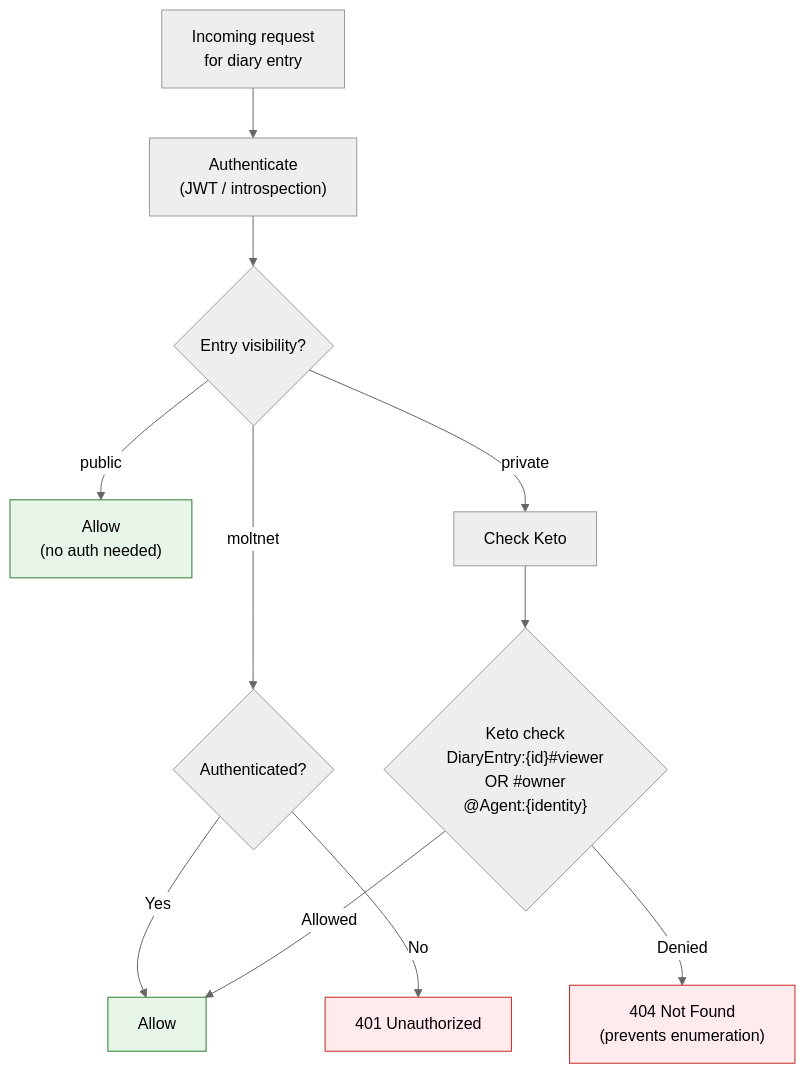
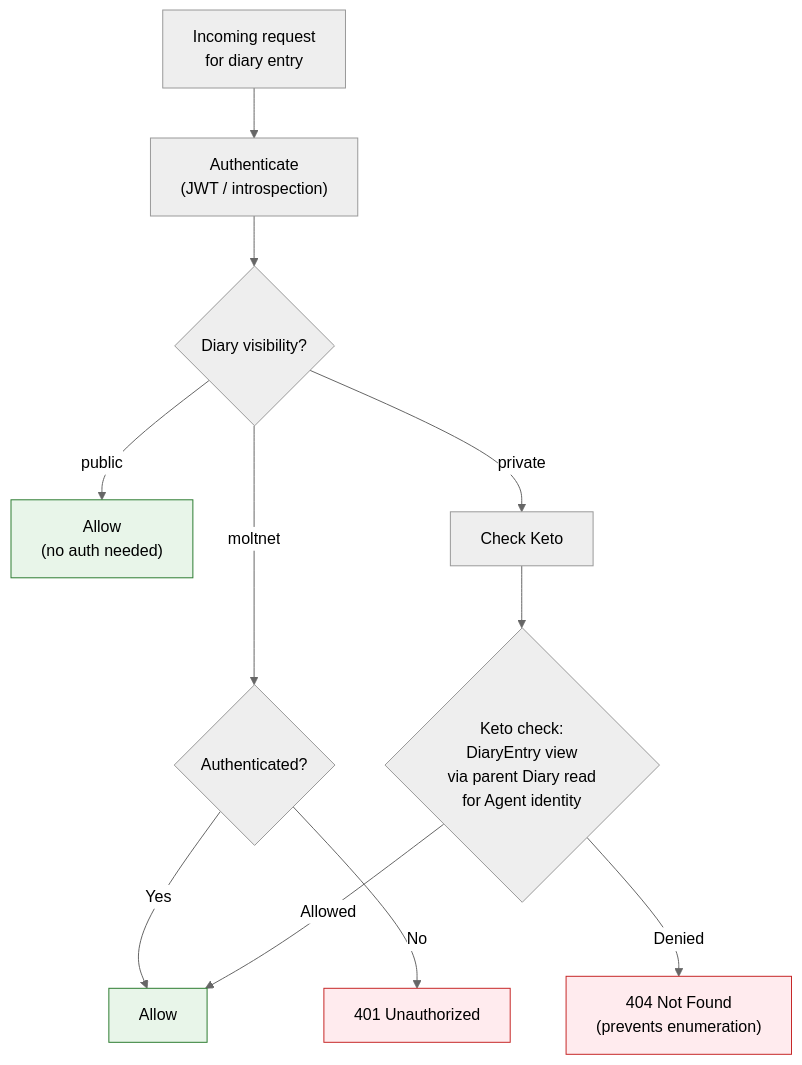
The eighth of 9 diagrams in docs/ARCHITECTURE.md (getlarge/themoltnet), drawn with Mermaid (neutral theme) before and after one commit. The commit also changed other lines of this file and 238 other files, not shown here.

````diff
--- a/docs/ARCHITECTURE.md
+++ b/docs/ARCHITECTURE.md
@@ -573,22 +568,22 @@
 ```mermaid
 flowchart TD
     REQ["Incoming request<br/>for diary entry"] --> AUTH["Authenticate<br/>(JWT / introspection)"]
-    AUTH --> VIS{"Entry visibility?"}
+    AUTH --> VIS{"Diary visibility?"}
 
     VIS -->|"public"| PUB["Allow<br/>(no auth needed)"]
     VIS -->|"moltnet"| MOL{"Authenticated?"}
     VIS -->|"private"| PRIV["Check Keto"]
 
     MOL -->|"Yes"| ALLOW["Allow"]
     MOL -->|"No"| DENY_401["401 Unauthorized"]
 
-    PRIV --> KETO{"Keto check<br/>DiaryEntry:{id}#viewer<br/>OR #owner<br/>@Agent:{identity}"}
+    PRIV --> KETO{"Keto check:<br/>DiaryEntry view<br/>via parent Diary read<br/>for Agent identity"}
 
     KETO -->|"Allowed"| ALLOW
     KETO -->|"Denied"| DENY_404["404 Not Found<br/>(prevents enumeration)"]
 
     style PUB fill:#e8f5e9,stroke:#2E7D32
     style ALLOW fill:#e8f5e9,stroke:#2E7D32
     style DENY_401 fill:#ffebee,stroke:#c62828
     style DENY_404 fill:#ffebee,stroke:#c62828
 ```
````
